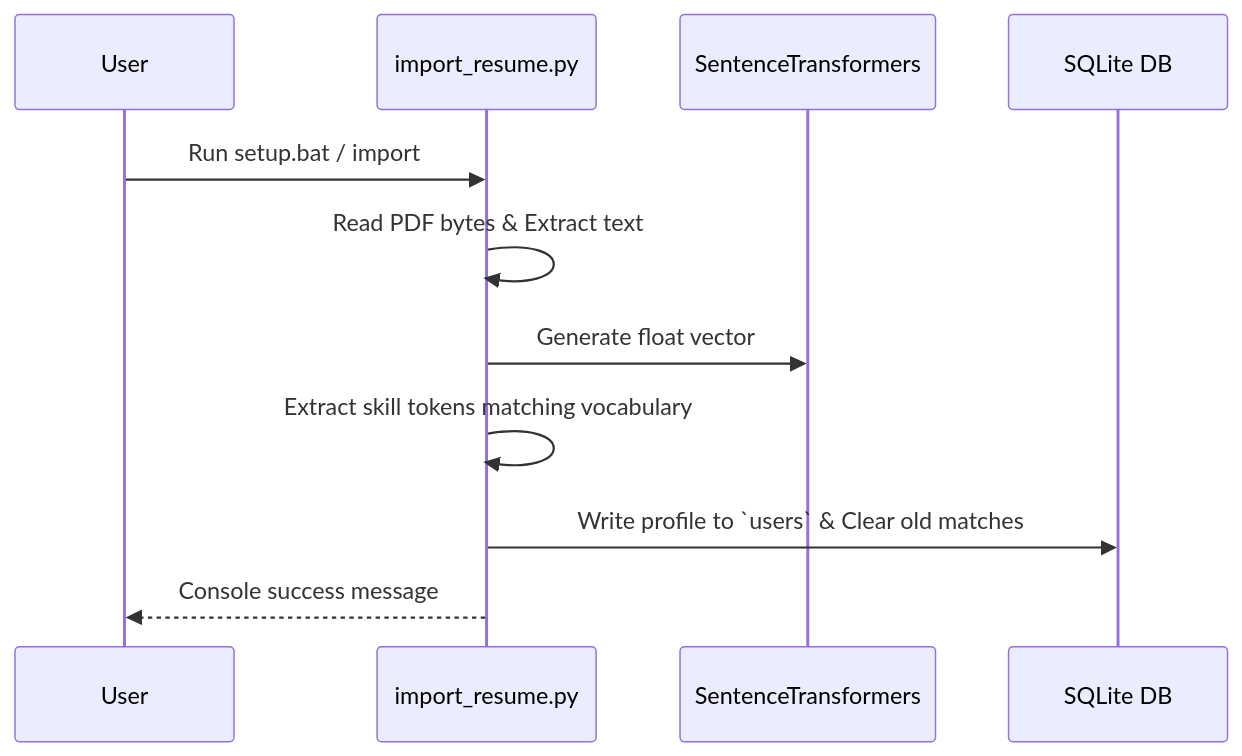
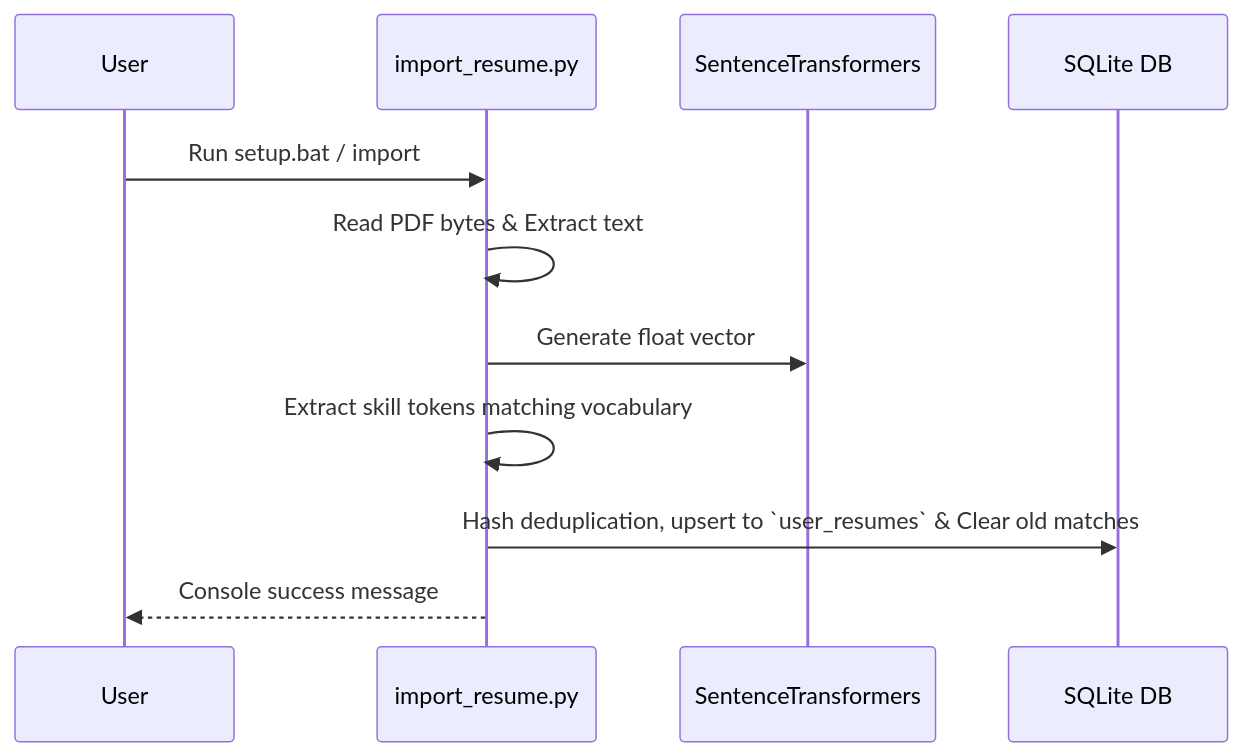
Before and after one commit to sourcecode6/ai-job-scraper: the second of 3 diagrams in architecture.md, drawn with Mermaid. The commit also changed other lines of this file and 12 other files, not shown here.

````diff
--- a/architecture.md
+++ b/architecture.md
@@ -165,14 +174,14 @@
 ```mermaid
 sequenceDiagram
     participant User
     participant import_resume.py
     participant Model as SentenceTransformers
     participant DB as SQLite DB
     
     User->>import_resume.py: Run setup.bat / import
     import_resume.py->>import_resume.py: Read PDF bytes & Extract text
     import_resume.py->>Model: Generate float vector
     import_resume.py->>import_resume.py: Extract skill tokens matching vocabulary
-    import_resume.py->>DB: Write profile to `users` & Clear old matches
+    import_resume.py->>DB: Hash deduplication, upsert to `user_resumes` & Clear old matches
     import_resume.py-->>User: Console success message
 ```
````
